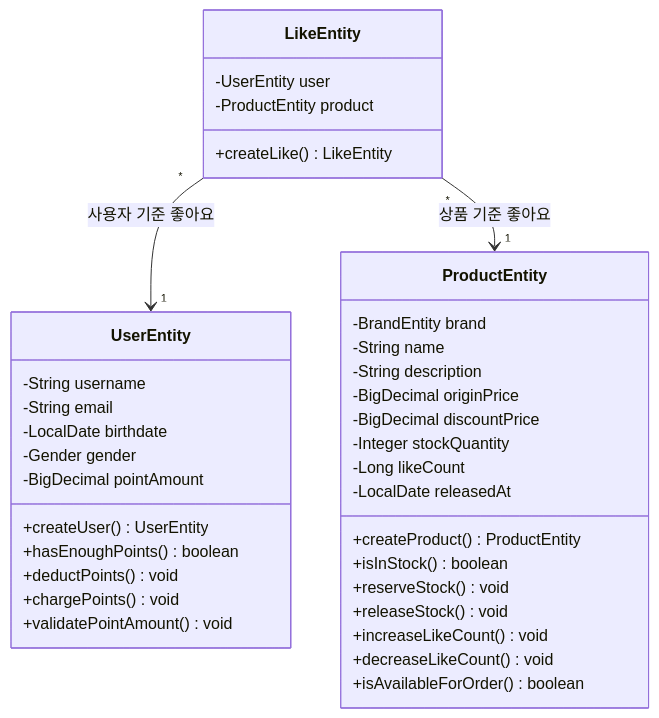
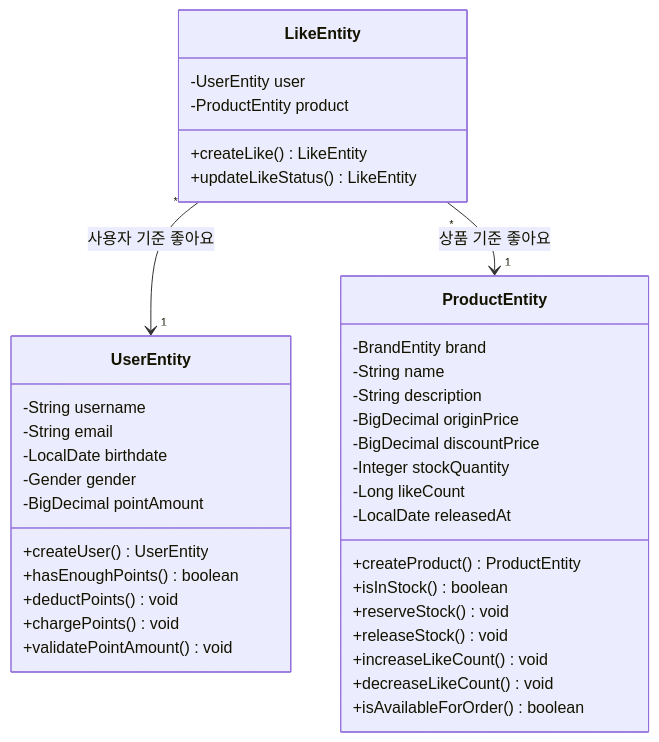
The fourth of 5 diagrams in docs/week2/03-class-diagram.md (hyujikoh/loopers-spring-java-template), drawn with Mermaid before and after one commit. The commit also changed other lines of this file, not shown here.

First line of the commit message:
docs(class-diagram): 좋아요 상태 업데이트 메서드 추가

````diff
--- a/docs/week2/03-class-diagram.md
+++ b/docs/week2/03-class-diagram.md
@@ -197,42 +198,43 @@
 ```mermaid
 classDiagram
     class LikeEntity {
         -UserEntity user
         -ProductEntity product
         +createLike() LikeEntity
+        +updateLikeStatus() LikeEntity
     }
 
     class UserEntity {
         -String username
         -String email
         -LocalDate birthdate
         -Gender gender
         -BigDecimal pointAmount
         +createUser() UserEntity
         +hasEnoughPoints() boolean
         +deductPoints() void
         +chargePoints() void
         +validatePointAmount() void
     }
 
     class ProductEntity {
         -BrandEntity brand
         -String name
         -String description
         -BigDecimal originPrice
         -BigDecimal discountPrice
         -Integer stockQuantity
         -Long likeCount
         -LocalDate releasedAt
         +createProduct() ProductEntity
         +isInStock() boolean
         +reserveStock() void
         +releaseStock() void
         +increaseLikeCount() void
         +decreaseLikeCount() void
         +isAvailableForOrder() boolean
     }
 
     LikeEntity "*" --> "1" UserEntity : 사용자 기준 좋아요
     LikeEntity "*" --> "1" ProductEntity : 상품 기준 좋아요
 ```
````
